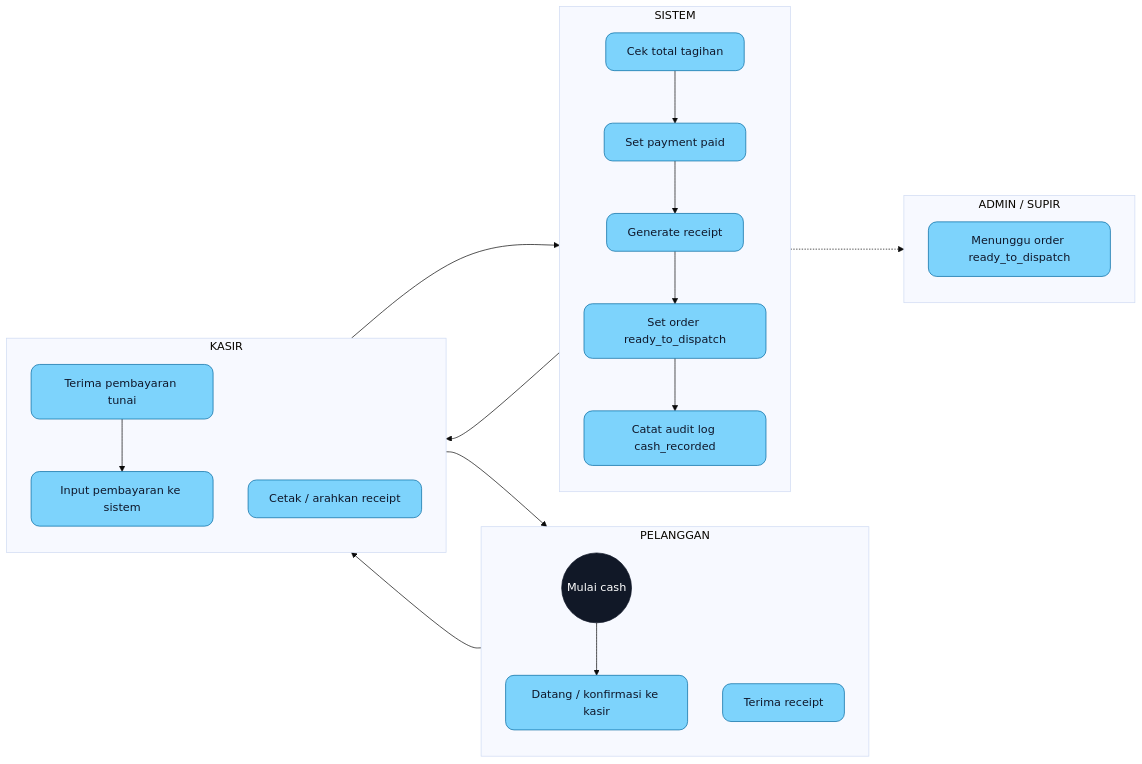
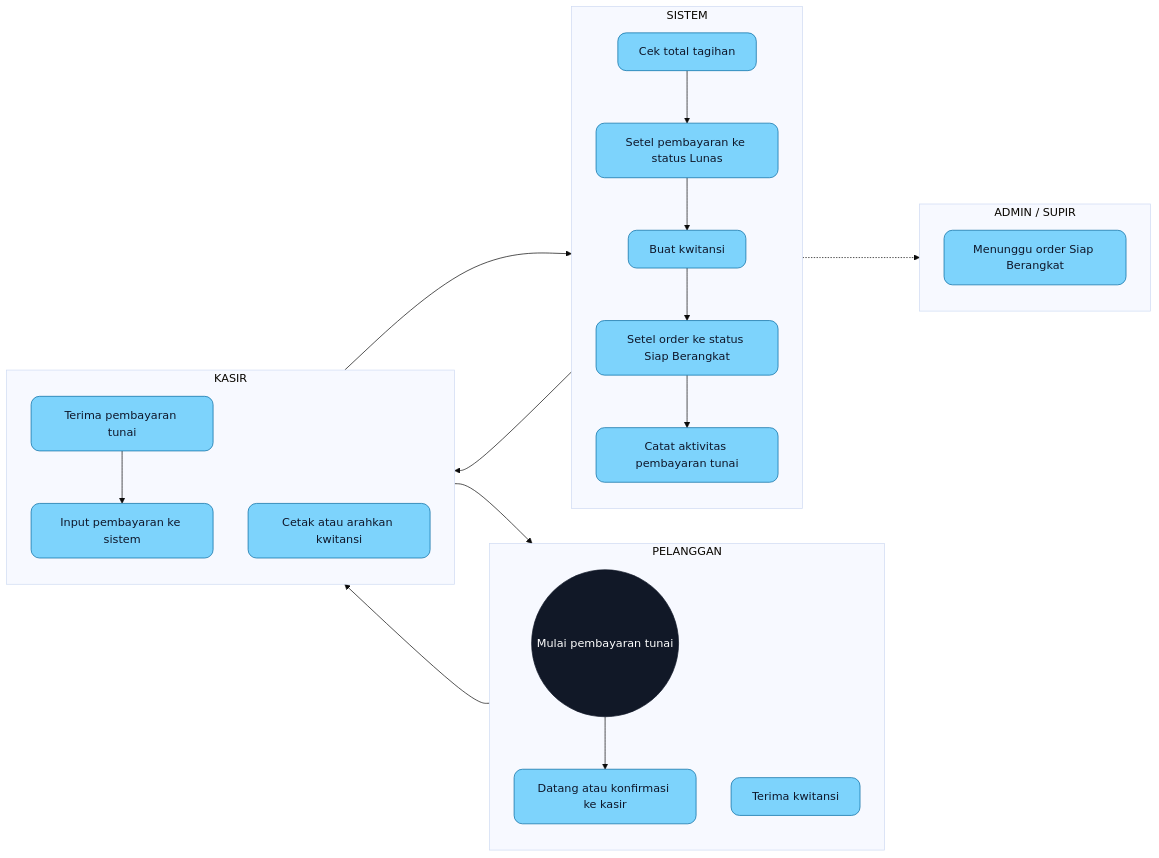
One commit to nabiilnuryassar/rent-car changed diagram 14 of 15 in docs/UML_MERMAID.md. Above: the diagram before and after it, drawn with Mermaid (base theme). The commit also changed other lines of this file, not shown here.

Commit message:
update docs uml

````diff
--- a/docs/UML_MERMAID.md
+++ b/docs/UML_MERMAID.md
@@ -587,36 +578,36 @@
 ```mermaid
 flowchart LR
     classDef action fill:#7dd3fc,color:#0f172a,stroke:#0369a1,rx:12
     classDef startend fill:#111827,color:#ffffff,stroke:#111827,rx:20
 
     subgraph PELANGGAN["PELANGGAN"]
         direction TB
-        A0((Mulai cash)):::startend
-        A1[Datang / konfirmasi ke kasir]:::action
-        A2[Terima receipt]:::action
+        A0((Mulai pembayaran tunai)):::startend
+        A1[Datang atau konfirmasi ke kasir]:::action
+        A2[Terima kwitansi]:::action
     end
 
     subgraph SISTEM["SISTEM"]
         direction TB
         B1[Cek total tagihan]:::action
-        B2[Set payment paid]:::action
-        B3[Generate receipt]:::action
-        B4[Set order ready_to_dispatch]:::action
-        B5[Catat audit log cash_recorded]:::action
+        B2[Setel pembayaran ke status Lunas]:::action
+        B3[Buat kwitansi]:::action
+        B4[Setel order ke status Siap Berangkat]:::action
+        B5[Catat aktivitas pembayaran tunai]:::action
     end
 
     subgraph KASIR["KASIR"]
         direction TB
         C1[Terima pembayaran tunai]:::action
         C2[Input pembayaran ke sistem]:::action
-        C3[Cetak / arahkan receipt]:::action
+        C3[Cetak atau arahkan kwitansi]:::action
     end
 
     subgraph ADMIN_SUPIR["ADMIN / SUPIR"]
         direction TB
-        D1[Menunggu order ready_to_dispatch]:::action
+        D1[Menunggu order Siap Berangkat]:::action
     end
 
     A0 --> A1 --> C1 --> C2 --> B1 --> B2 --> B3 --> B4 --> B5 --> C3 --> A2
     B4 -.-> D1
 ```
````
